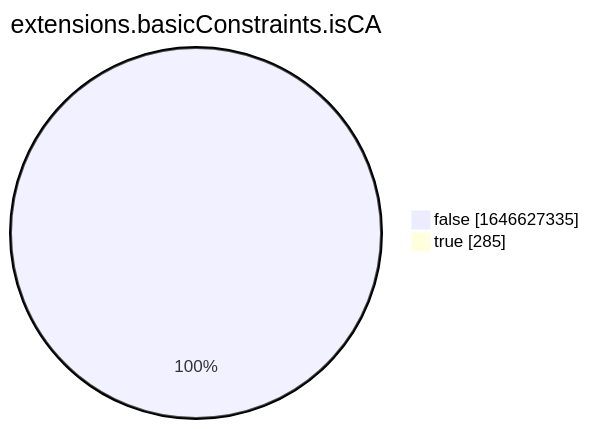
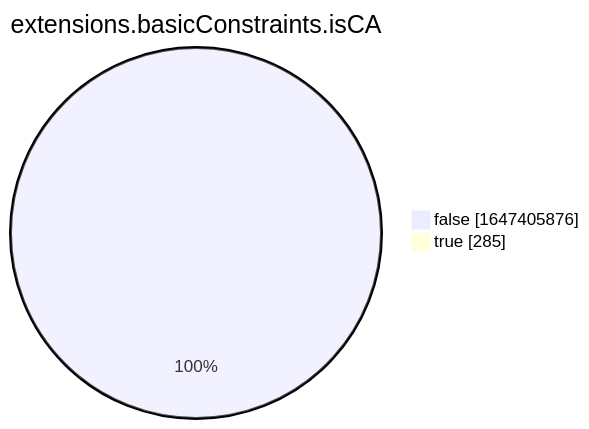
Before and after one commit to christiankrug/ctmonitor_visualization: the eighth of 15 diagrams in xenon2022/README.md, drawn with Mermaid. The commit also changed other lines of this file, not shown here.

````diff
--- a/xenon2022/README.md
+++ b/xenon2022/README.md
@@ -2863,6 +2863,6 @@
 ```mermaid
 pie showData
 title extensions.basicConstraints.isCA
-"false" :1646627335
+"false" :1647405876
 "true" :285
 ```
````
